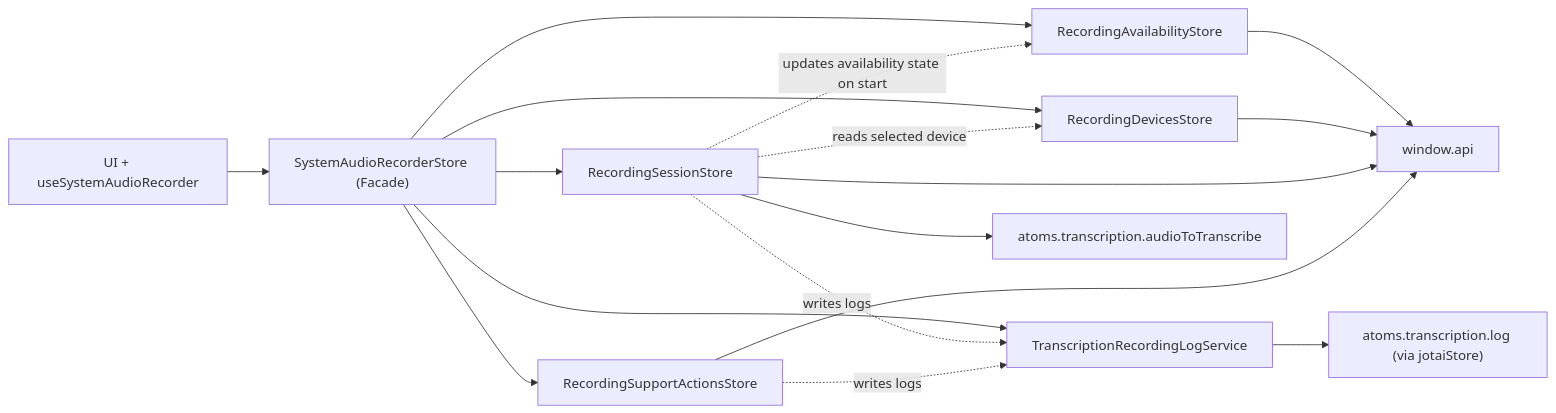
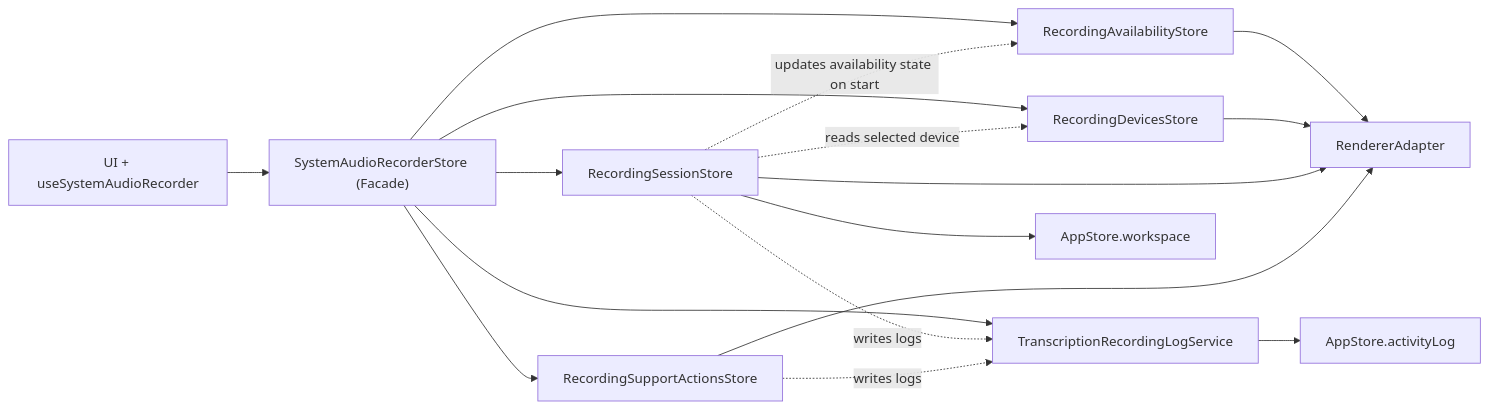
One commit to Axepuff/finelistener changed the diagram in renderer/src/features/recorder/src/ui/SystemAudioRecorder/core/SystemAudioRecorderArchitecture.mmd. Above: the diagram before and after it, drawn with Mermaid. The commit also changed 59 other files, not shown here.

```diff
--- a/renderer/src/features/recorder/src/ui/SystemAudioRecorder/core/SystemAudioRecorderArchitecture.mmd
+++ b/renderer/src/features/recorder/src/ui/SystemAudioRecorder/core/SystemAudioRecorderArchitecture.mmd
@@ -1,21 +1,21 @@
 flowchart LR
     UI["UI + useSystemAudioRecorder"] --> F["SystemAudioRecorderStore (Facade)"]
 
     F --> A["RecordingAvailabilityStore"]
     F --> D["RecordingDevicesStore"]
     F --> S["RecordingSessionStore"]
     F --> SA["RecordingSupportActionsStore"]
     F --> L["TranscriptionRecordingLogService"]
 
-    A --> API["window.api"]
+    A --> API["RendererAdapter"]
     D --> API
     S --> API
     SA --> API
 
     S -. "reads selected device" .-> D
     S -. "updates availability state on start" .-> A
     S -. "writes logs" .-> L
     SA -. "writes logs" .-> L
 
-    S --> AUDIO["atoms.transcription.audioToTranscribe"]
-    L --> LOG["atoms.transcription.log (via jotaiStore)"]
+    S --> AUDIO["AppStore.workspace"]
+    L --> LOG["AppStore.activityLog"]
```
